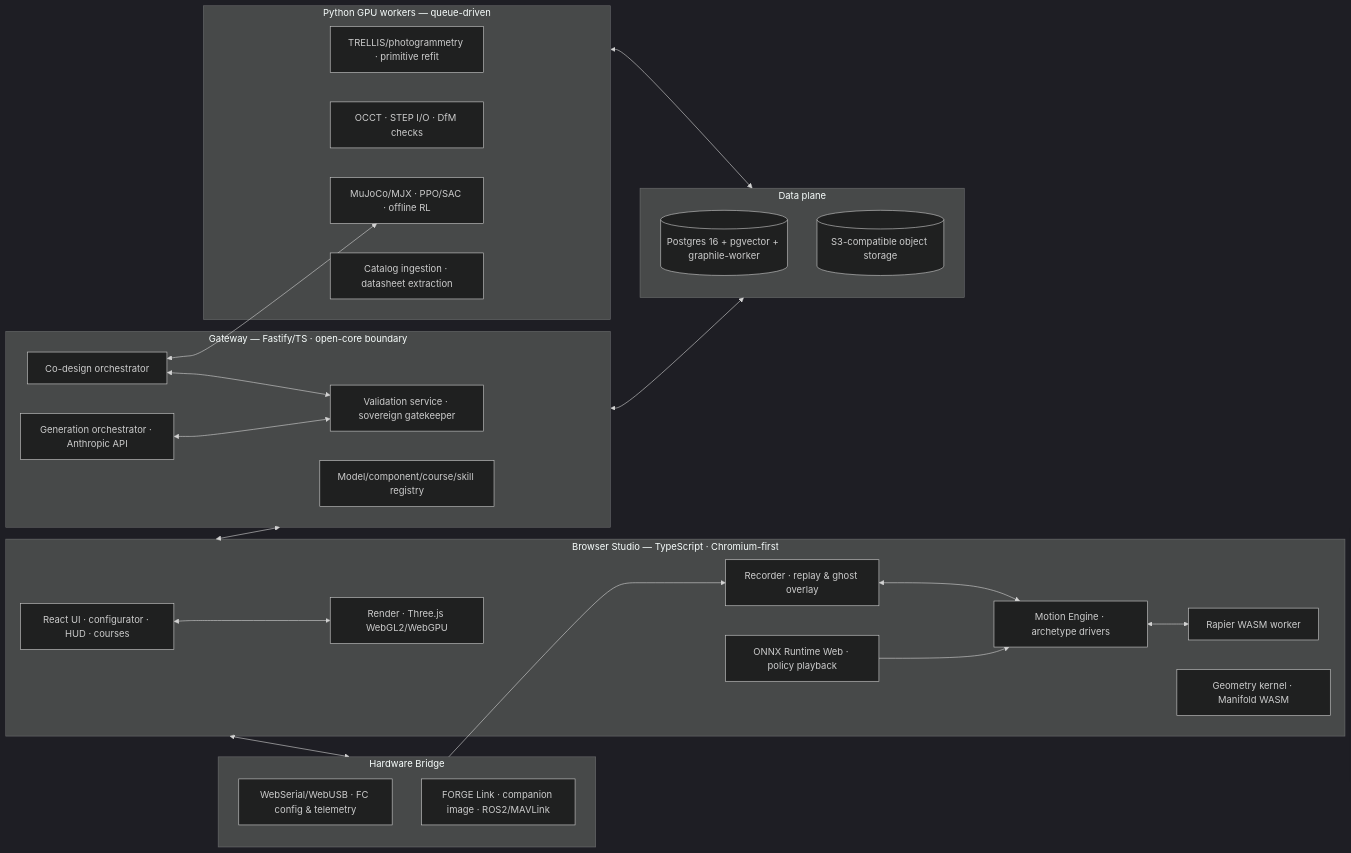
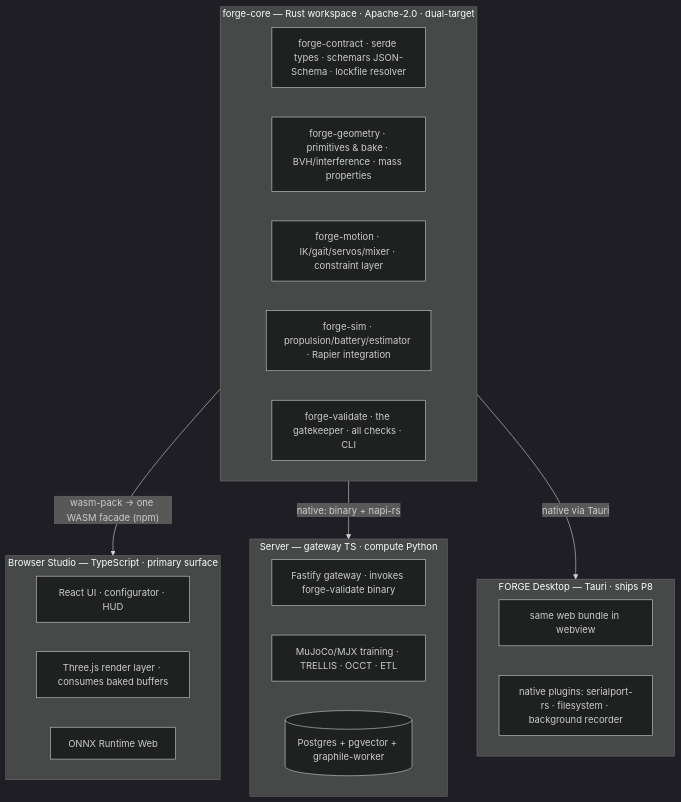
The diagram in docs/FORGE-plan.md (RNT56/TTC), drawn with Mermaid (dark theme) before and after one commit. The commit also changed other lines of this file and 29 other files, not shown here.

First line of the commit message:
Adopt plan v3.0: Rust core / web face; upgrade entire docs suite

````diff
--- a/docs/FORGE-plan.md
+++ b/docs/FORGE-plan.md
@@ -84,35 +100,27 @@
 ```mermaid
-flowchart LR
-  subgraph CLIENT [Browser Studio — TypeScript · Chromium-first]
-    UI[React UI · configurator · HUD · courses]
-    RE[Render · Three.js WebGL2/WebGPU]
-    ME[Motion Engine · archetype drivers]
-    PHY[Rapier WASM worker]
-    POL[ONNX Runtime Web · policy playback]
-    GEO[Geometry kernel · Manifold WASM]
-    REC[Recorder · replay & ghost overlay]
+flowchart TB
+  subgraph CORE [forge-core — Rust workspace · Apache-2.0 · dual-target]
+    FC[forge-contract · serde types · schemars JSON-Schema · lockfile resolver]
+    FG[forge-geometry · primitives & bake · BVH/interference · mass properties]
+    FM[forge-motion · IK/gait/servos/mixer · constraint layer]
+    FS[forge-sim · propulsion/battery/estimator · Rapier integration]
+    FV[forge-validate · the gatekeeper · all checks · CLI]
   end
-  subgraph EDGE [Hardware Bridge]
-    WS[WebSerial/WebUSB · FC config & telemetry]
-    LINK[FORGE Link · companion image · ROS2/MAVLink]
+  CORE -- "wasm-pack → one WASM facade (npm)" --> WEB
+  CORE -- "native: binary + napi-rs" --> SRV
+  CORE -- "native via Tauri" --> DESK
+  subgraph WEB [Browser Studio — TypeScript · primary surface]
+    UI[React UI · configurator · HUD]
+    RE[Three.js render layer · consumes baked buffers]
+    POL[ONNX Runtime Web]
   end
-  subgraph API [Gateway — Fastify/TS · open-core boundary]
-    VAL[Validation service · sovereign gatekeeper]
-    REG[Model/component/course/skill registry]
-    GEN[Generation orchestrator · Anthropic API]
-    OPT[Co-design orchestrator]
+  subgraph DESK [FORGE Desktop — Tauri · ships P8]
+    WV[same web bundle in webview]
+    NP[native plugins: serialport-rs · filesystem · background recorder]
   end
-  subgraph DATA [Data plane]
-    PG[(Postgres 16 + pgvector + graphile-worker)]
-    OBJ[(S3-compatible object storage)]
+  subgraph SRV [Server — gateway TS · compute Python]
+    GW[Fastify gateway · invokes forge-validate binary]
+    PY[MuJoCo/MJX training · TRELLIS · OCCT · ETL]
+    PG[(Postgres + pgvector + graphile-worker)]
   end
-  subgraph COMPUTE [Python GPU workers — queue-driven]
-    TRE[TRELLIS/photogrammetry · primitive refit]
-    OCC[OCCT · STEP I/O · DfM checks]
-    TRN[MuJoCo/MJX · PPO/SAC · offline RL]
-    ETL[Catalog ingestion · datasheet extraction]
-  end
-  UI<-->RE; ME<-->PHY; POL-->ME; REC<-->ME
-  CLIENT<-->API; API<-->DATA; COMPUTE<-->DATA
-  GEN<-->VAL; OPT<-->VAL; OPT<-->TRN; CLIENT<-->EDGE; EDGE-->REC
 ```
````
